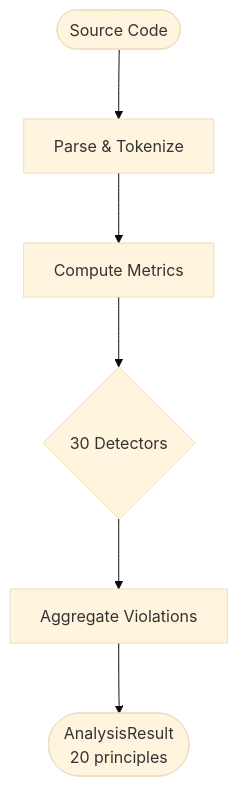
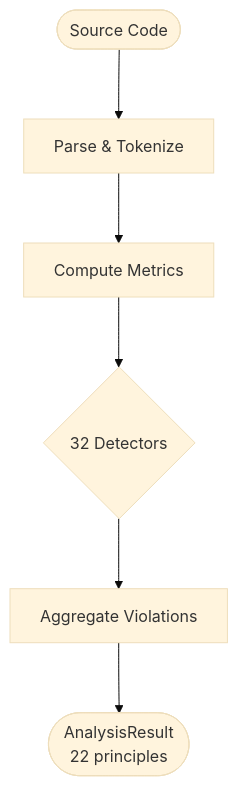
One commit to Anselmoo/mcp-zen-of-languages changed the third of 4 diagrams in docs/user-guide/languages/python.md. Above: the diagram before and after it, drawn with Mermaid. The commit also changed other lines of this file and 14 other files, not shown here.

````diff
--- a/docs/user-guide/languages/python.md
+++ b/docs/user-guide/languages/python.md
@@ -595,9 +643,9 @@
     ```mermaid
     %%{init: {"theme": "base", "flowchart": {"useMaxWidth": false, "htmlLabels": true, "nodeSpacing": 50, "rankSpacing": 70}}}%%
     flowchart TD
     Source(["Source Code"]) --> Parse["Parse & Tokenize"]
     Parse --> Metrics["Compute Metrics"]
-    Metrics --> Pipeline{"30 Detectors"}
+    Metrics --> Pipeline{"32 Detectors"}
     Pipeline --> Collect["Aggregate Violations"]
-    Collect --> Result(["AnalysisResult<br/>20 principles"])
+    Collect --> Result(["AnalysisResult<br/>22 principles"])
     ```
````
